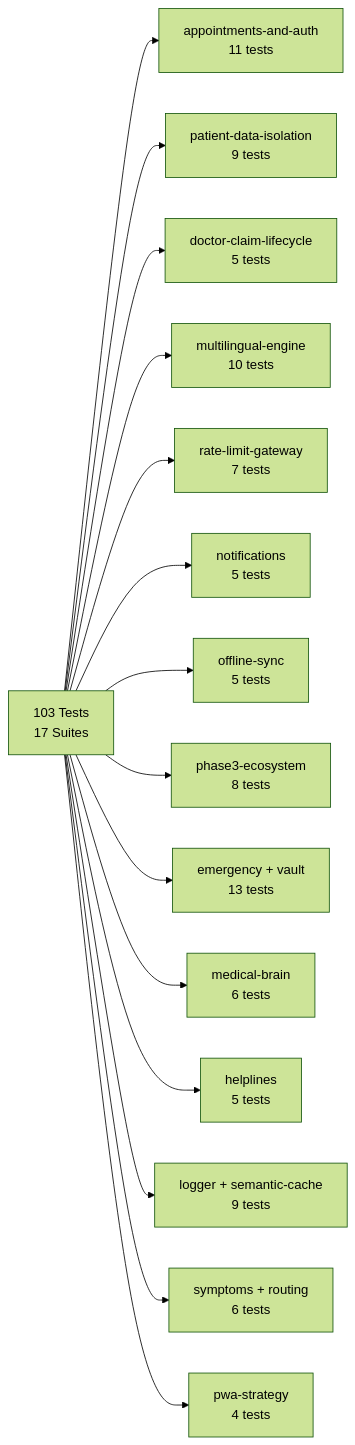
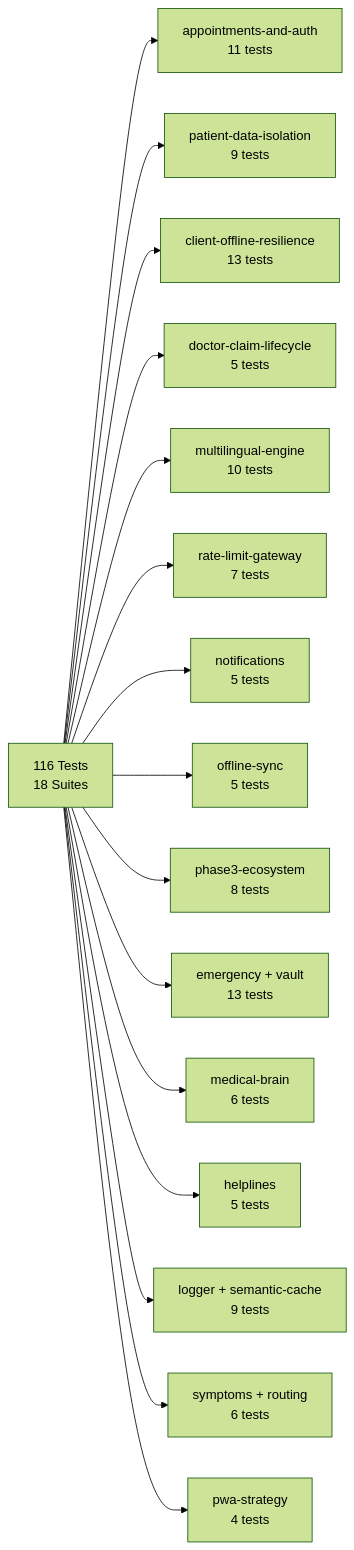
The ninth of 9 diagrams in README.md (Arnavshukla09/RURAL-HEALTHCARE-PLATFORM), drawn with Mermaid (forest theme) before and after one commit. The commit also changed other lines of this file and 5 other files, not shown here.

Commit message:
test(offline): add client offline resilience test suite and update QA documentation

````diff
--- a/README.md
+++ b/README.md
@@ -567,17 +568,18 @@
 ```mermaid
 flowchart LR
-    T["103 Tests\n17 Suites"] --> A["appointments-and-auth\n11 tests"]
+    T["116 Tests\n18 Suites"] --> A["appointments-and-auth\n11 tests"]
     T --> B["patient-data-isolation\n9 tests"]
-    T --> C["doctor-claim-lifecycle\n5 tests"]
-    T --> D["multilingual-engine\n10 tests"]
-    T --> E["rate-limit-gateway\n7 tests"]
-    T --> F["notifications\n5 tests"]
-    T --> G["offline-sync\n5 tests"]
-    T --> H["phase3-ecosystem\n8 tests"]
-    T --> I["emergency + vault\n13 tests"]
-    T --> J["medical-brain\n6 tests"]
-    T --> K["helplines\n5 tests"]
-    T --> L["logger + semantic-cache\n9 tests"]
-    T --> M["symptoms + routing\n6 tests"]
-    T --> N["pwa-strategy\n4 tests"]
+    T --> C["client-offline-resilience\n13 tests"]
+    T --> D["doctor-claim-lifecycle\n5 tests"]
+    T --> E["multilingual-engine\n10 tests"]
+    T --> F["rate-limit-gateway\n7 tests"]
+    T --> G["notifications\n5 tests"]
+    T --> H["offline-sync\n5 tests"]
+    T --> I["phase3-ecosystem\n8 tests"]
+    T --> J["emergency + vault\n13 tests"]
+    T --> K["medical-brain\n6 tests"]
+    T --> L["helplines\n5 tests"]
+    T --> M["logger + semantic-cache\n9 tests"]
+    T --> N["symptoms + routing\n6 tests"]
+    T --> O["pwa-strategy\n4 tests"]
 ```
````
